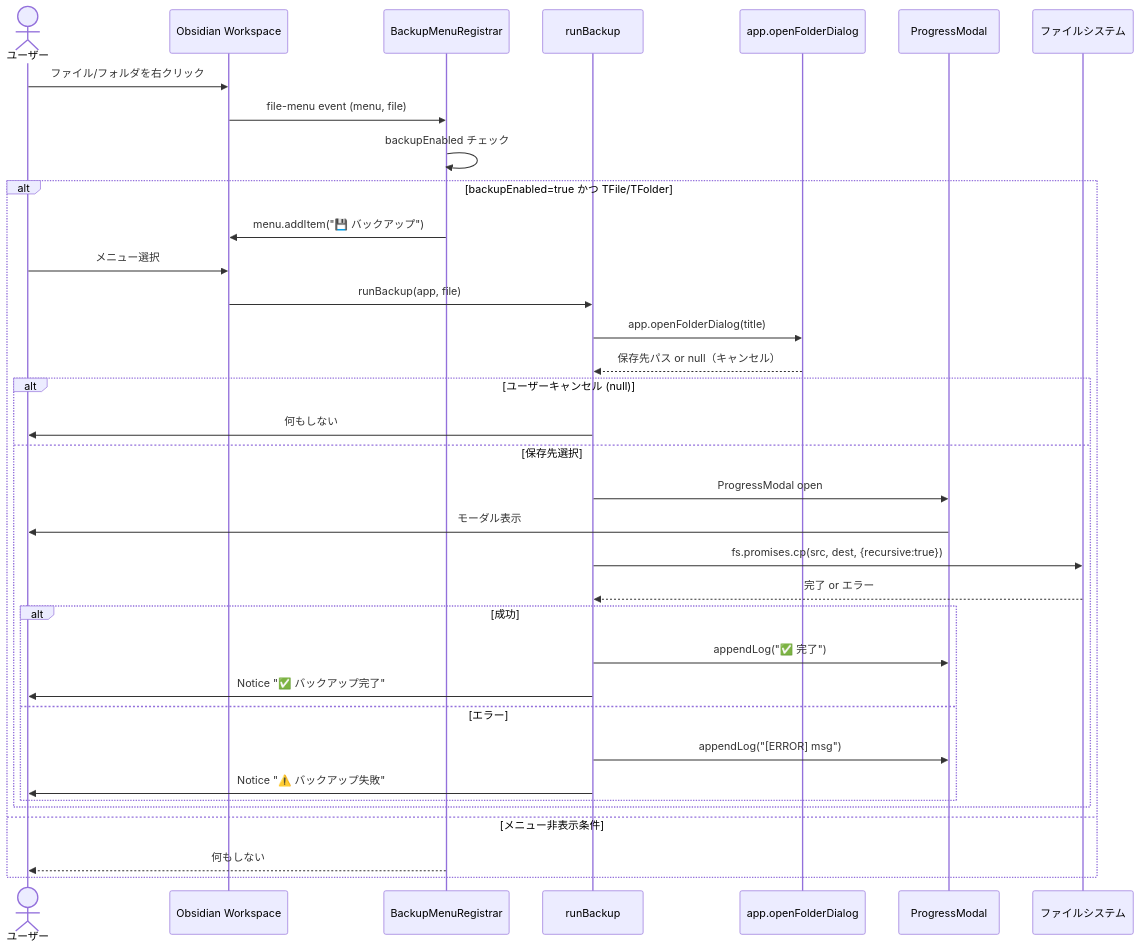
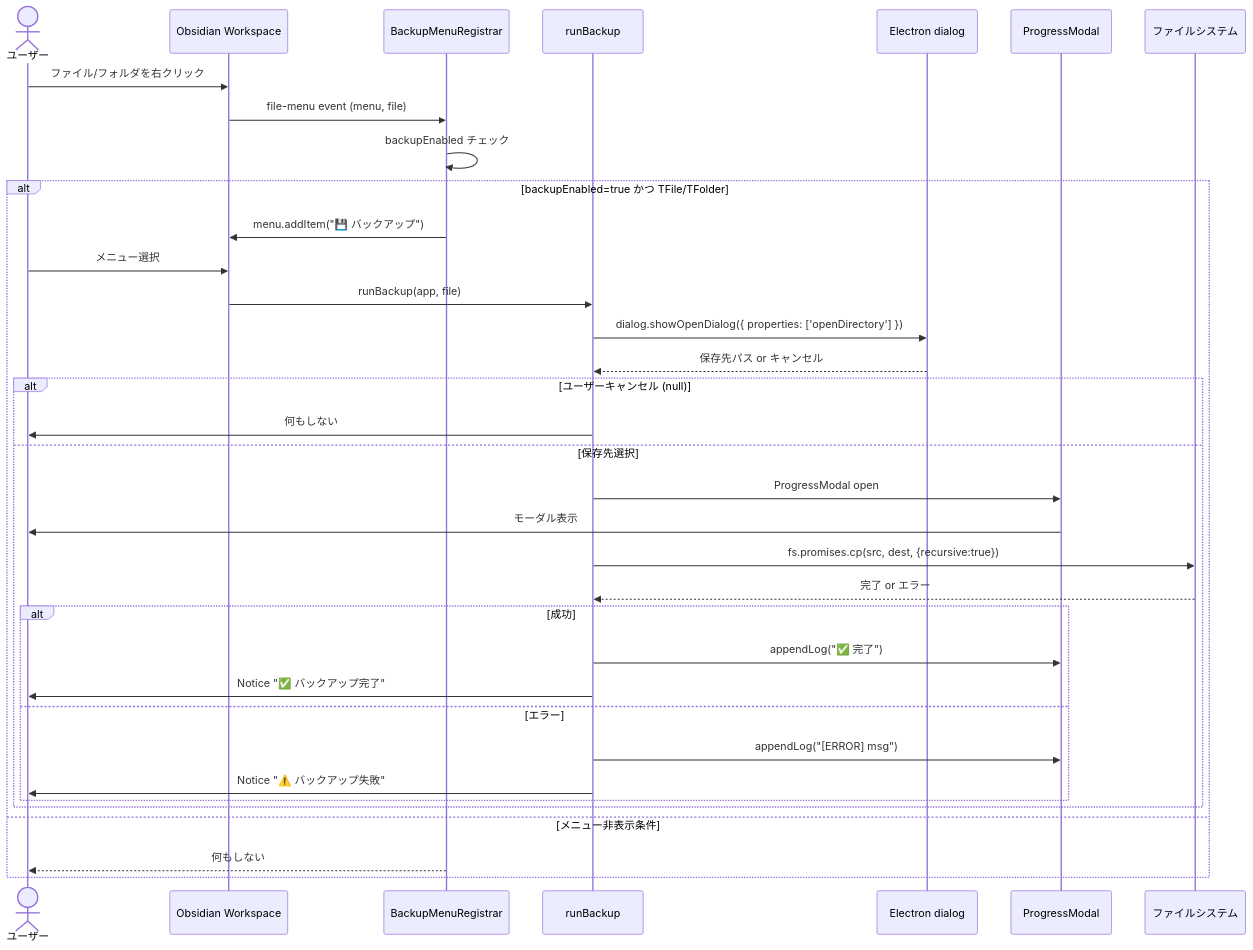
Before and after one commit to superlambkin/ClaudianBridge: the second of 2 diagrams in docs/superpowers/specs/2026-08-17-backup-feature-design.md, drawn with Mermaid. The commit also changed other lines of this file and 3 other files, not shown here.

First line of the commit message:
fix(backup): replace non-existent app.openFolderDialog with Electron dialog

````diff
--- a/docs/superpowers/specs/2026-08-17-backup-feature-design.md
+++ b/docs/superpowers/specs/2026-08-17-backup-feature-design.md
@@ -158,38 +159,38 @@
 ```mermaid
 sequenceDiagram
     actor U as ユーザー
     participant W as Obsidian Workspace
     participant M as BackupMenuRegistrar
     participant R as runBackup
-    participant D as app.openFolderDialog
+    participant D as Electron dialog
     participant P as ProgressModal
     participant FS as ファイルシステム
 
     U->>W: ファイル/フォルダを右クリック
     W->>M: file-menu event (menu, file)
     M->>M: backupEnabled チェック
     alt backupEnabled=true かつ TFile/TFolder
         M->>W: menu.addItem("💾 バックアップ")
         U->>W: メニュー選択
         W->>R: runBackup(app, file)
-        R->>D: app.openFolderDialog(title)
-        D-->>R: 保存先パス or null（キャンセル）
+        R->>D: dialog.showOpenDialog({ properties: ['openDirectory'] })
+        D-->>R: 保存先パス or キャンセル
         alt ユーザーキャンセル (null)
             R->>U: 何もしない
         else 保存先選択
             R->>P: ProgressModal open
             P->>U: モーダル表示
             R->>FS: fs.promises.cp(src, dest, {recursive:true})
             FS-->>R: 完了 or エラー
             alt 成功
                 R->>P: appendLog("✅ 完了")
                 R->>U: Notice "✅ バックアップ完了"
             else エラー
                 R->>P: appendLog("[ERROR] msg")
                 R->>U: Notice "⚠️ バックアップ失敗"
             end
         end
     else メニュー非表示条件
         M-->>U: 何もしない
     end
 ```
````
